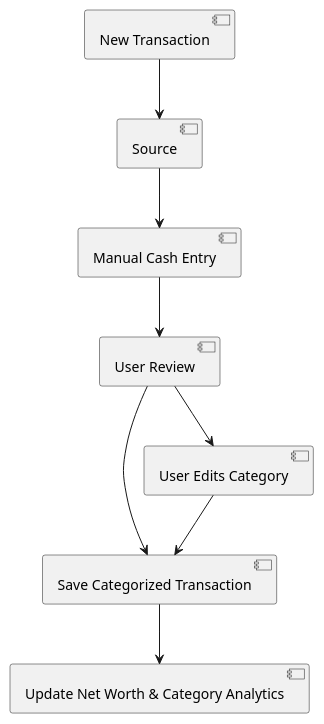
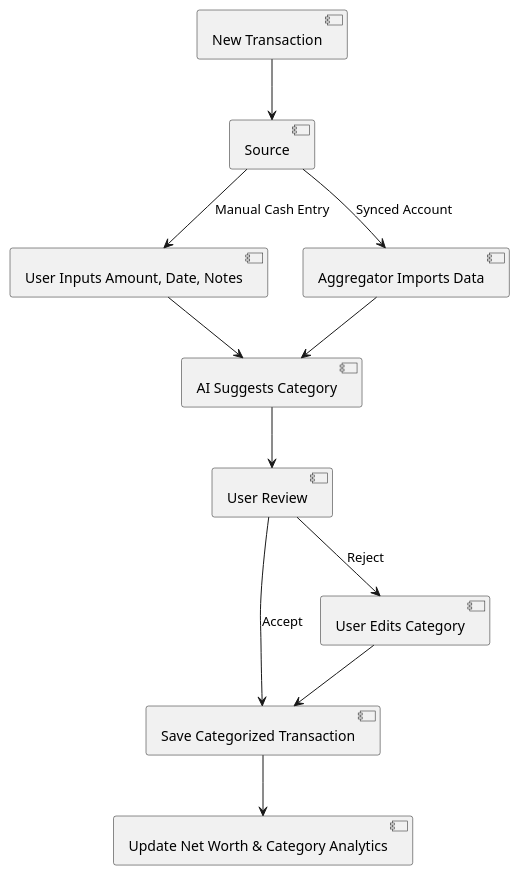
One commit to Osguima3/welz changed the first of 3 diagrams in docs/product-requirements.md. Above: the diagram before and after it, drawn with PlantUML. The commit also changed other lines of this file and 6 other files, not shown here.

````diff
--- a/docs/product-requirements.md
+++ b/docs/product-requirements.md
@@ -93,11 +96,14 @@
 ```plantuml
 @startuml
 [New Transaction] --> [Source]
-[Source] --> [Manual Cash Entry]
-[Manual Cash Entry] --> [User Review]
-[User Review] --> [Save Categorized Transaction]
-[User Review] --> [User Edits Category]
+[Source] --> [User Inputs Amount, Date, Notes] : Manual Cash Entry
+[Source] --> [Aggregator Imports Data] : Synced Account
+[User Inputs Amount, Date, Notes] --> [AI Suggests Category]
+[Aggregator Imports Data] --> [AI Suggests Category]
+[AI Suggests Category] --> [User Review]
+[User Review] --> [Save Categorized Transaction] : Accept
+[User Review] --> [User Edits Category] : Reject
 [User Edits Category] --> [Save Categorized Transaction]
 [Save Categorized Transaction] --> [Update Net Worth & Category Analytics]
 @enduml
 ```  
````
